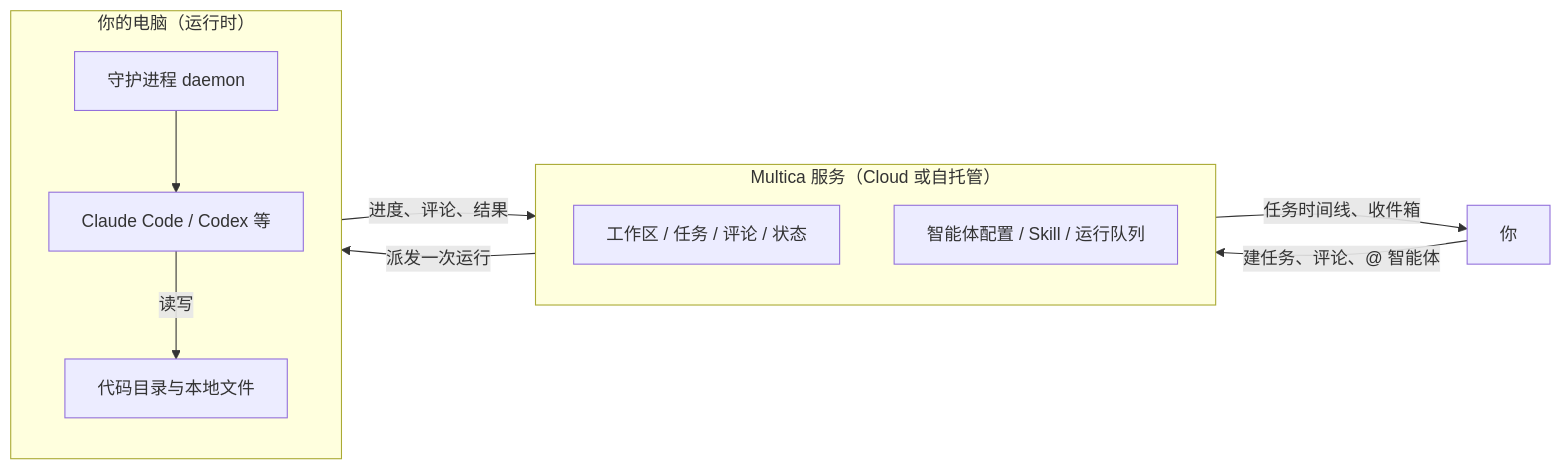
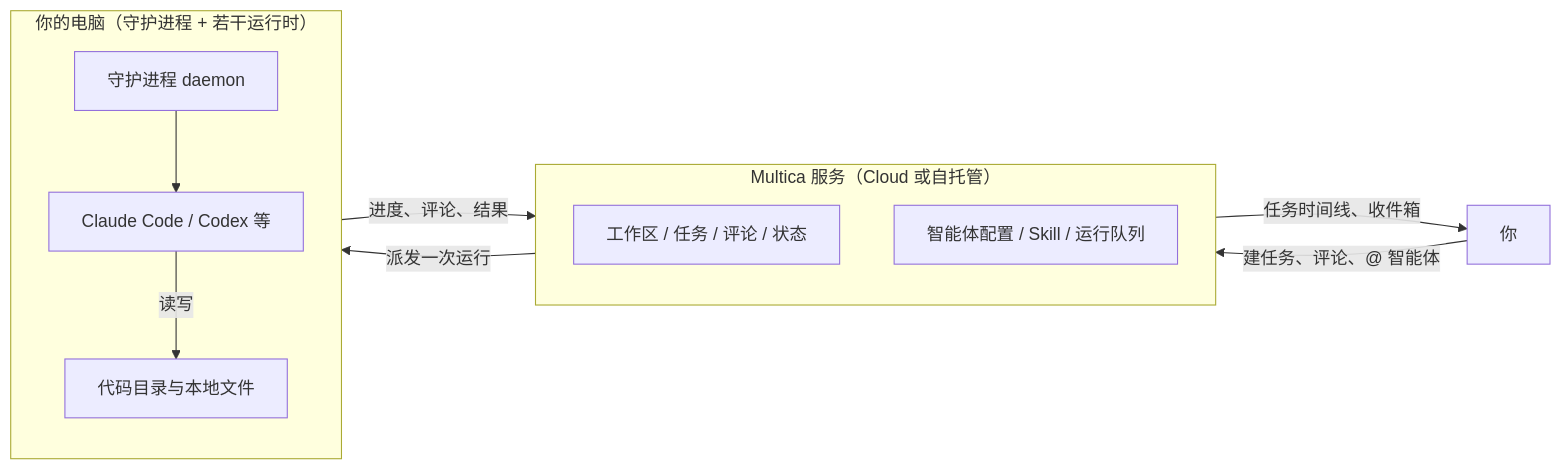
One commit to EagleClark/blog changed the first of 5 diagrams in article/ai/Multica入门教程/index.md. Above: the diagram before and after it, drawn with Mermaid. The commit also changed other lines of this file, not shown here.

````diff
--- a/article/ai/Multica入门教程/index.md
+++ b/article/ai/Multica入门教程/index.md
@@ -60,20 +60,20 @@
 ```mermaid
 flowchart LR
     subgraph S["Multica 服务（Cloud 或自托管）"]
         direction TB
         W["工作区 / 任务 / 评论 / 状态"]
         A["智能体配置 / Skill / 运行队列"]
     end
-    subgraph C["你的电脑（运行时）"]
+    subgraph C["你的电脑（守护进程 + 若干运行时）"]
         direction TB
         D["守护进程 daemon"]
         CLI["Claude Code / Codex 等"]
         F["代码目录与本地文件"]
     end
     U["你"] -->|"建任务、评论、@ 智能体"| S
     S -->|"派发一次运行"| D
     D --> CLI
     CLI -->|"读写"| F
     D -->|"进度、评论、结果"| S
     S -->|"任务时间线、收件箱"| U
 ```
````
